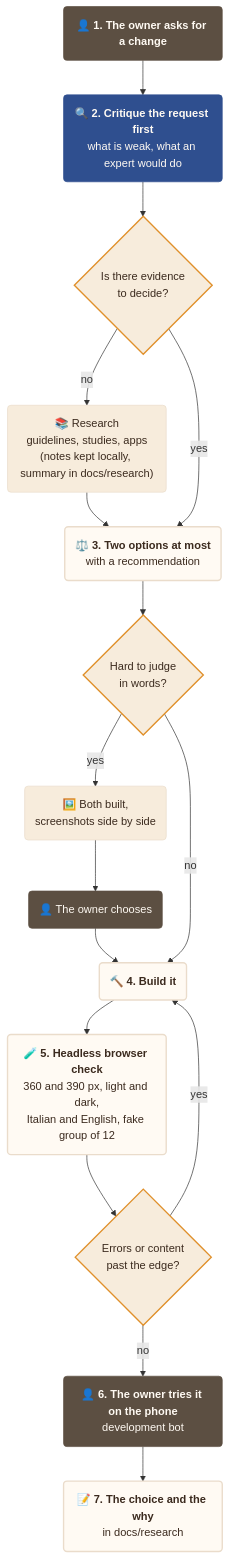
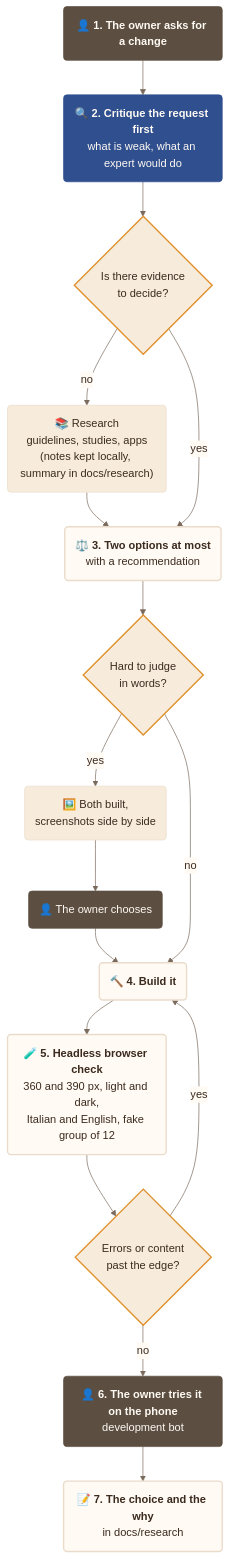
One commit to francescoperrino/Caccometro changed the third of 3 diagrams in docs/research/mini_app_design.md. Above: the diagram before and after it, drawn with Mermaid. The commit also changed other lines of this file and 14 other files, not shown here.

Commit message:
Give every Mermaid diagram one style from tools/mermaid_style.py, with a title and a description (#204)

````diff
--- a/docs/research/mini_app_design.md
+++ b/docs/research/mini_app_design.md
@@ -126,37 +188,68 @@
 ```mermaid
+---
+config:
+  theme: base
+  themeVariables:
+    fontFamily: "Nunito, Segoe UI, Roboto, sans-serif"
+    primaryColor: "#fffaf3"
+    primaryTextColor: "#3b2a1e"
+    primaryBorderColor: "#eadccb"
+    secondaryColor: "#f7ecdc"
+    tertiaryColor: "#f3e4d0"
+    lineColor: "#7a6a5c"
+    textColor: "#3b2a1e"
+    edgeLabelBackground: "#fffaf3"
+    clusterBkg: "#f3e4d0"
+    clusterBorder: "#cbbca9"
+    titleColor: "#5c4f42"
+    noteBkgColor: "#f7ecdc"
+    noteTextColor: "#3b2a1e"
+    actorBkg: "#fffaf3"
+    actorBorder: "#5c4f42"
+    actorTextColor: "#3b2a1e"
+    signalColor: "#7a6a5c"
+    signalTextColor: "#3b2a1e"
+    labelBoxBkgColor: "#f3e4d0"
+    loopTextColor: "#3b2a1e"
+    sequenceNumberColor: "#fffaf3"
+    xyChart:
+      plotColorPalette: "#2f4f8f"
+---
 flowchart TD
+    accTitle: How a design change is made
+    accDescr: A change request is critiqued, checked against evidence, prototyped and then built
     ask("👤 <b>1. The owner asks for a change</b>")
     critique("🔍 <b>2. Critique the request first</b><br/>what is weak, what an expert would do")
     evidence{"Is there evidence<br/>to decide?"}
     research("📚 Research<br/>guidelines, studies, apps<br/>(notes kept locally, summary in docs/research)")
     options("⚖️ <b>3. Two options at most</b><br/>with a recommendation")
     compare{"Hard to judge<br/>in words?"}
     ab("🖼️ Both built,<br/>screenshots side by side")
     choose("👤 The owner chooses")
     build("🔨 <b>4. Build it</b>")
     headless("🧪 <b>5. Headless browser check</b><br/>360 and 390 px, light and dark,<br/>Italian and English, fake group of 12")
     edge{"Errors or content<br/>past the edge?"}
     phone("👤 <b>6. The owner tries it on the phone</b><br/>development bot")
     doc("📝 <b>7. The choice and the why</b><br/>in docs/research")
     ask --> critique --> evidence
     evidence -->|"no"| research --> options
     evidence -->|"yes"| options
     options --> compare
     compare -->|"yes"| ab --> choose --> build
     compare -->|"no"| build
     build --> headless --> edge
     edge -->|"yes"| build
     edge -->|"no"| phone --> doc
     classDef step fill:#fffaf3,stroke:#eadccb,stroke-width:2px,color:#3b2a1e
     classDef main fill:#2f4f8f,stroke:#2f4f8f,color:#fffaf3
     classDef person fill:#5c4f42,stroke:#5c4f42,color:#fffaf3
     classDef check fill:#f7ecdc,stroke:#e0902b,stroke-width:2px,color:#3b2a1e
     classDef detail fill:#f7ecdc,stroke:#eadccb,color:#3b2a1e
-    classDef alert fill:#e0902b,stroke:#e0902b,color:#fffaf3
+    classDef alert fill:#e0902b,stroke:#e0902b,color:#3b2a1e
     classDef stop fill:#f3e4d0,stroke:#cbbca9,stroke-dasharray:4 3,color:#7a6a5c
     class ask,choose,phone person
     class options,build,headless,doc step
     class critique main
     class research,ab detail
     class evidence,compare,edge check
 ```
````
